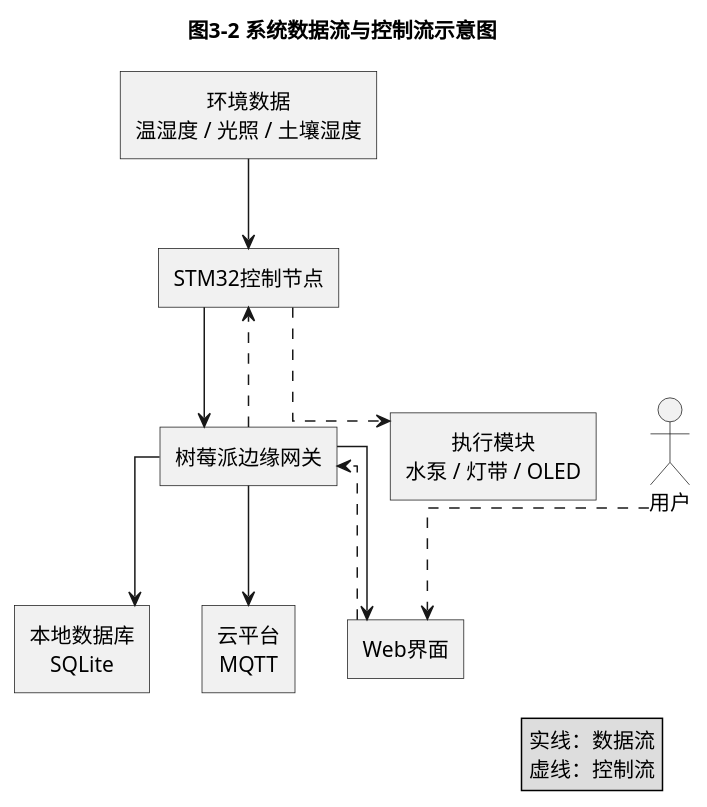
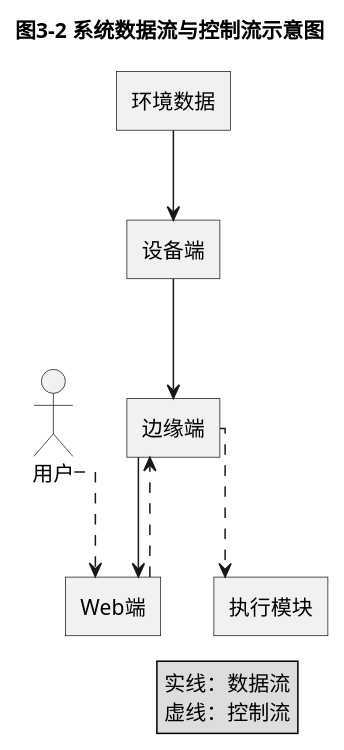
The diagram in 图 3-2 系统数据流与控制流示意图.puml (TSK-io/lunwen), drawn with PlantUML before and after one commit. The commit also changed 7 other files, not shown here.

```diff
--- a/图 3-2 系统数据流与控制流示意图.puml
+++ b/图 3-2 系统数据流与控制流示意图.puml
@@ -1,39 +1,32 @@
 @startuml
 title 图3-2 系统数据流与控制流示意图
 
 top to bottom direction
 skinparam monochrome true
 skinparam shadowing false
 skinparam defaultFontName Microsoft YaHei
 skinparam defaultTextAlignment center
 skinparam linetype ortho
-skinparam packageStyle rectangle
-skinparam rectangleStyle plain
 skinparam roundcorner 0
 
-rectangle "环境数据\n温湿度 / 光照 / 土壤湿度" as Data
-rectangle "STM32控制节点" as STM32
-rectangle "树莓派边缘网关" as Pi
-rectangle "本地数据库\nSQLite" as DB
-rectangle "Web界面" as Web
-rectangle "云平台\nMQTT" as Cloud
-rectangle "执行模块\n水泵 / 灯带 / OLED" as Actuator
-actor "用户" as User
+rectangle "环境数据" as Data
+rectangle "设备端" as Device
+rectangle "边缘端" as Edge
+rectangle "Web端" as Web
+rectangle "执行模块" as Actuator
+actor 用户
 
-Data --> STM32
-STM32 --> Pi
-Pi --> DB
-Pi --> Web
-Pi --> Cloud
+Data --> Device 
+Device --> Edge 
+Edge --> Web 
 
-User ..> Web
-Web ..> Pi
-Pi ..> STM32
-STM32 ..> Actuator
+用户 ..> Web 
+Web ..> Edge 
+Edge ..> Actuator 
 
 legend right
 实线：数据流
 虚线：控制流
 endlegend
 
 @enduml
```
